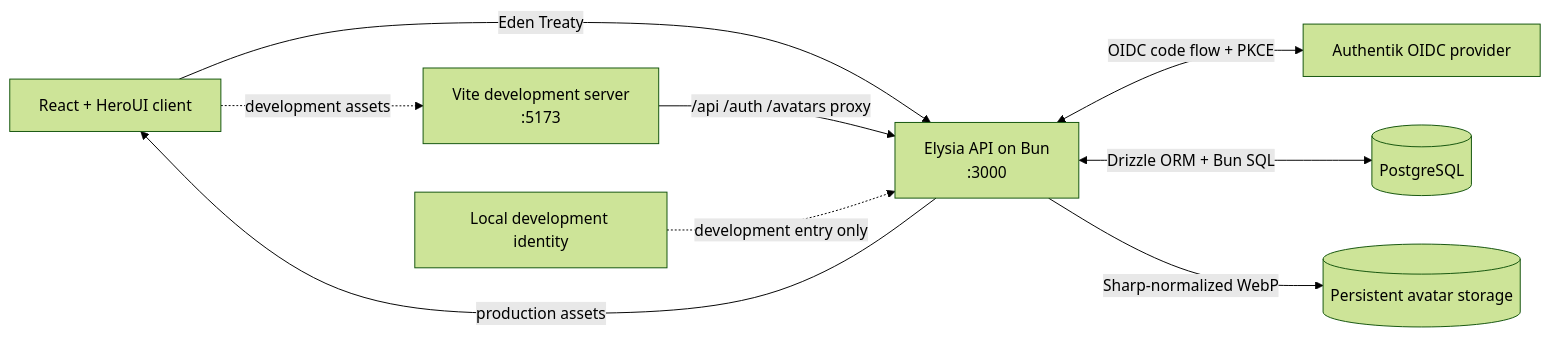
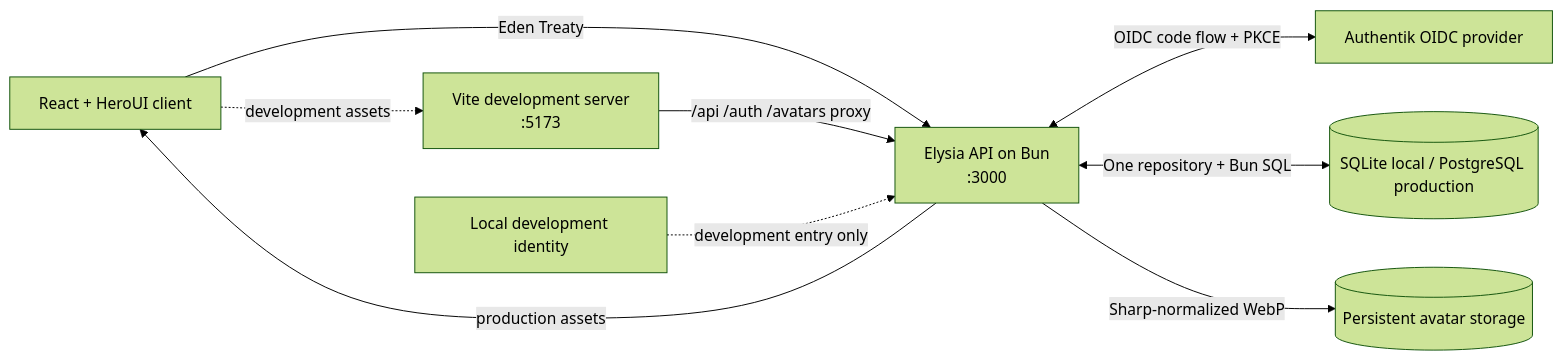
The diagram in README.md (kedar42/homelab-profile), drawn with Mermaid (forest theme) before and after one commit. The commit also changed other lines of this file and 17 other files, not shown here.

Commit message:
Use SQLite for local development

````diff
--- a/README.md
+++ b/README.md
@@ -11,19 +11,19 @@
 ```mermaid
 flowchart LR
     Browser[React + HeroUI client]
     Vite[Vite development server\n:5173]
     API[Elysia API on Bun\n:3000]
     Auth[Authentik OIDC provider]
     DevIdentity[Local development identity]
-    DB[(PostgreSQL)]
+    DB[(SQLite local / PostgreSQL production)]
     Files[(Persistent avatar storage)]
 
     Browser -->|Eden Treaty| API
     Browser -. development assets .-> Vite
     Vite -->|/api /auth /avatars proxy| API
     API <-->|OIDC code flow + PKCE| Auth
     DevIdentity -. development entry only .-> API
-    API <-->|Drizzle ORM + Bun SQL| DB
+    API <-->|One repository + Bun SQL| DB
     API -->|Sharp-normalized WebP| Files
     API -->|production assets| Browser
 ```
````
